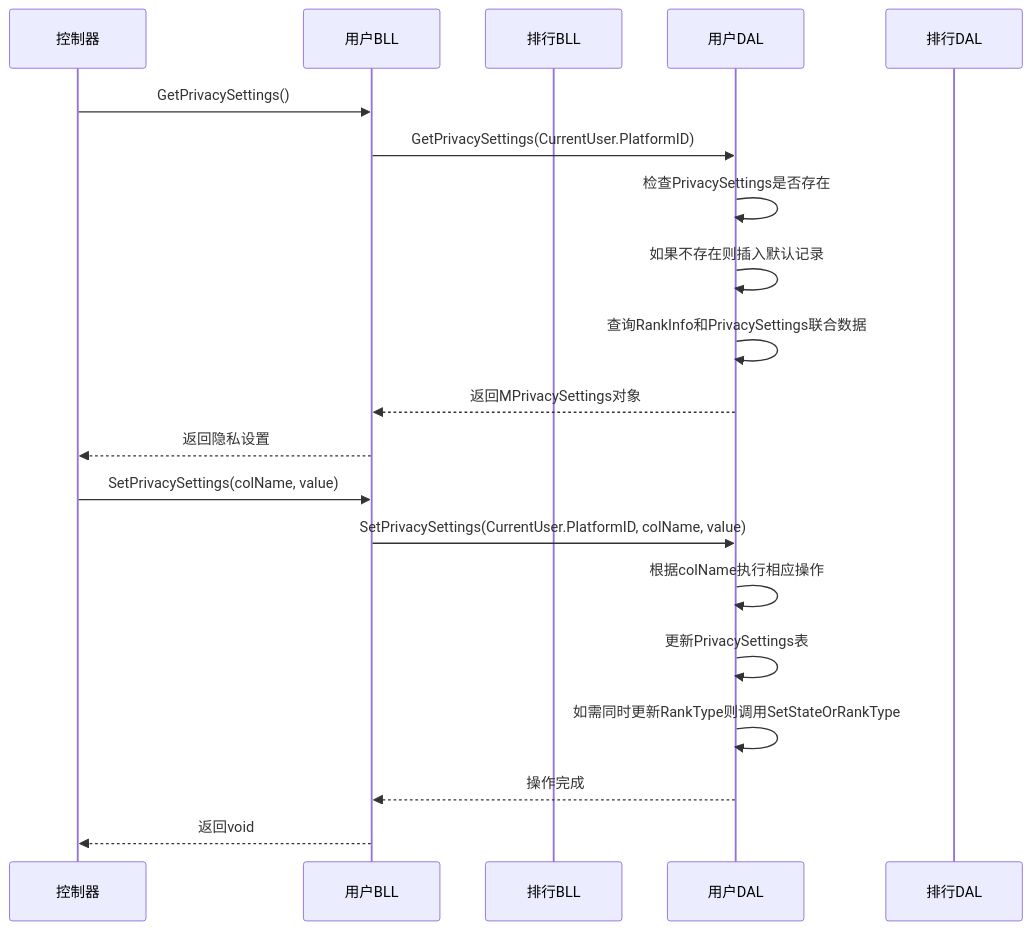
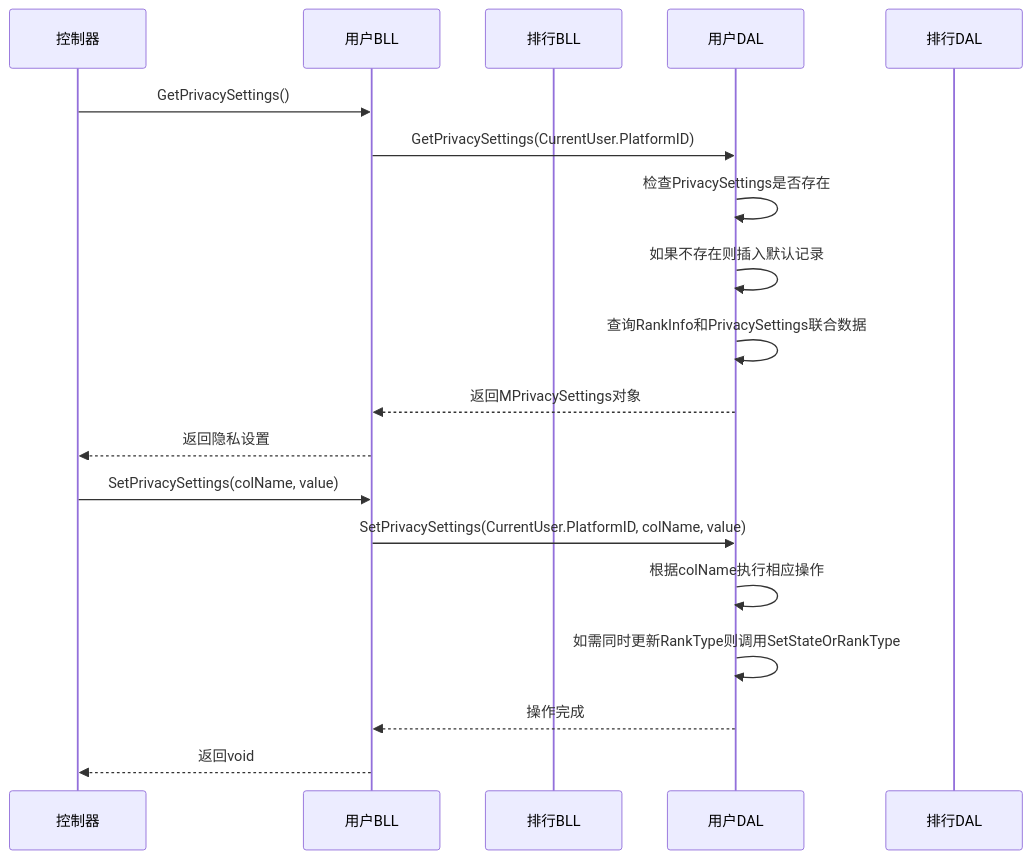
Before and after one commit to TinyMaD/SpeedRunnersLab: the seventh of 14 diagrams in .qoder/repowiki/zh/content/后端 API 服务/用户管理模块/隐私设置管理.md, drawn with Mermaid. The commit also changed other lines of this file and 29 other files, not shown here.

````diff
--- a/.qoder/repowiki/zh/content/后端 API 服务/用户管理模块/隐私设置管理.md
+++ b/.qoder/repowiki/zh/content/后端 API 服务/用户管理模块/隐私设置管理.md
@@ -270,22 +334,21 @@
 ```mermaid
 sequenceDiagram
 participant Controller as 控制器
 participant UserBLL as 用户BLL
 participant RankBLL as 排行BLL
 participant UserDAL as 用户DAL
 participant RankDAL as 排行DAL
 Controller->>UserBLL : GetPrivacySettings()
 UserBLL->>UserDAL : GetPrivacySettings(CurrentUser.PlatformID)
 UserDAL->>UserDAL : 检查PrivacySettings是否存在
 UserDAL->>UserDAL : 如果不存在则插入默认记录
 UserDAL->>UserDAL : 查询RankInfo和PrivacySettings联合数据
 UserDAL-->>UserBLL : 返回MPrivacySettings对象
 UserBLL-->>Controller : 返回隐私设置
 Controller->>UserBLL : SetPrivacySettings(colName, value)
 UserBLL->>UserDAL : SetPrivacySettings(CurrentUser.PlatformID, colName, value)
 UserDAL->>UserDAL : 根据colName执行相应操作
-UserDAL->>UserDAL : 更新PrivacySettings表
 UserDAL->>UserDAL : 如需同时更新RankType则调用SetStateOrRankType
 UserDAL-->>UserBLL : 操作完成
 UserBLL-->>Controller : 返回void
 ```
````
